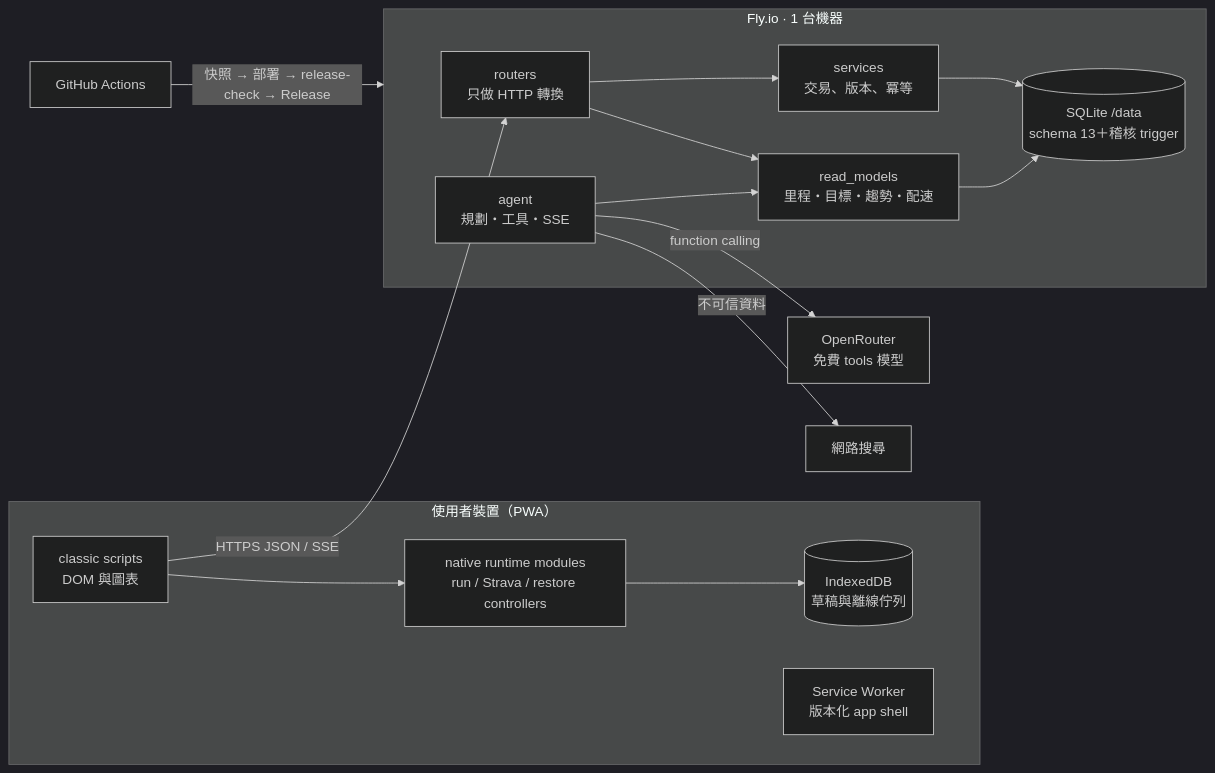
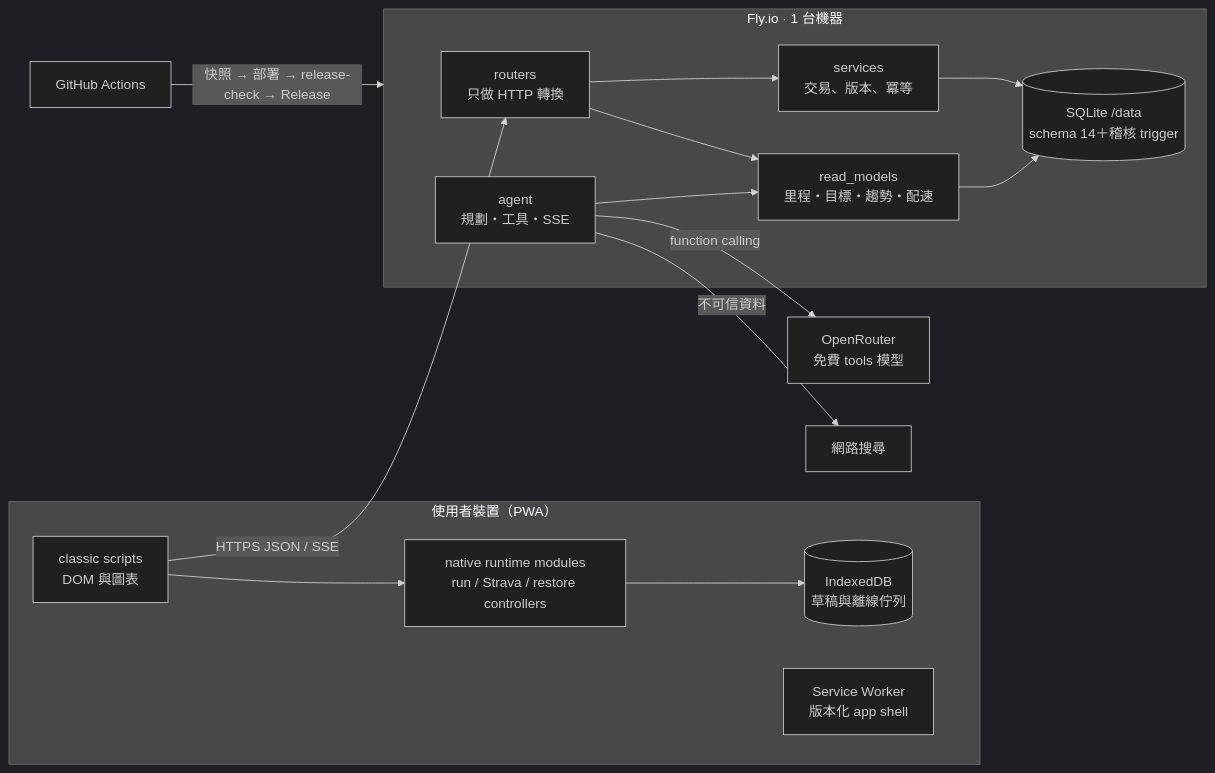
The diagram in README.md (Teng91/running-shoes), drawn with Mermaid (dark theme) before and after one commit. The commit also changed other lines of this file and 38 other files, not shown here.

````diff
--- a/README.md
+++ b/README.md
@@ -95,19 +95,19 @@
 ```mermaid
 flowchart LR
   subgraph Device["使用者裝置（PWA）"]
     UI["classic scripts<br/>DOM 與圖表"] --> RT["native runtime modules<br/>run / Strava / restore controllers"]
     RT --> IDB[("IndexedDB<br/>草稿與離線佇列")]
     SW["Service Worker<br/>版本化 app shell"]
   end
   subgraph Fly["Fly.io · 1 台機器"]
     R["routers<br/>只做 HTTP 轉換"] --> S["services<br/>交易、版本、冪等"]
     R --> RM["read_models<br/>里程・目標・趨勢・配速"]
-    S --> DB[("SQLite /data<br/>schema 13＋稽核 trigger")]
+    S --> DB[("SQLite /data<br/>schema 14＋稽核 trigger")]
     RM --> DB
     A["agent<br/>規劃・工具・SSE"] --> RM
   end
   UI -- "HTTPS JSON / SSE" --> R
   A -- "function calling" --> OR["OpenRouter<br/>免費 tools 模型"]
   A -- "不可信資料" --> WS["網路搜尋"]
   GH["GitHub Actions"] -- "快照 → 部署 → release-check → Release" --> Fly
 ```
````
